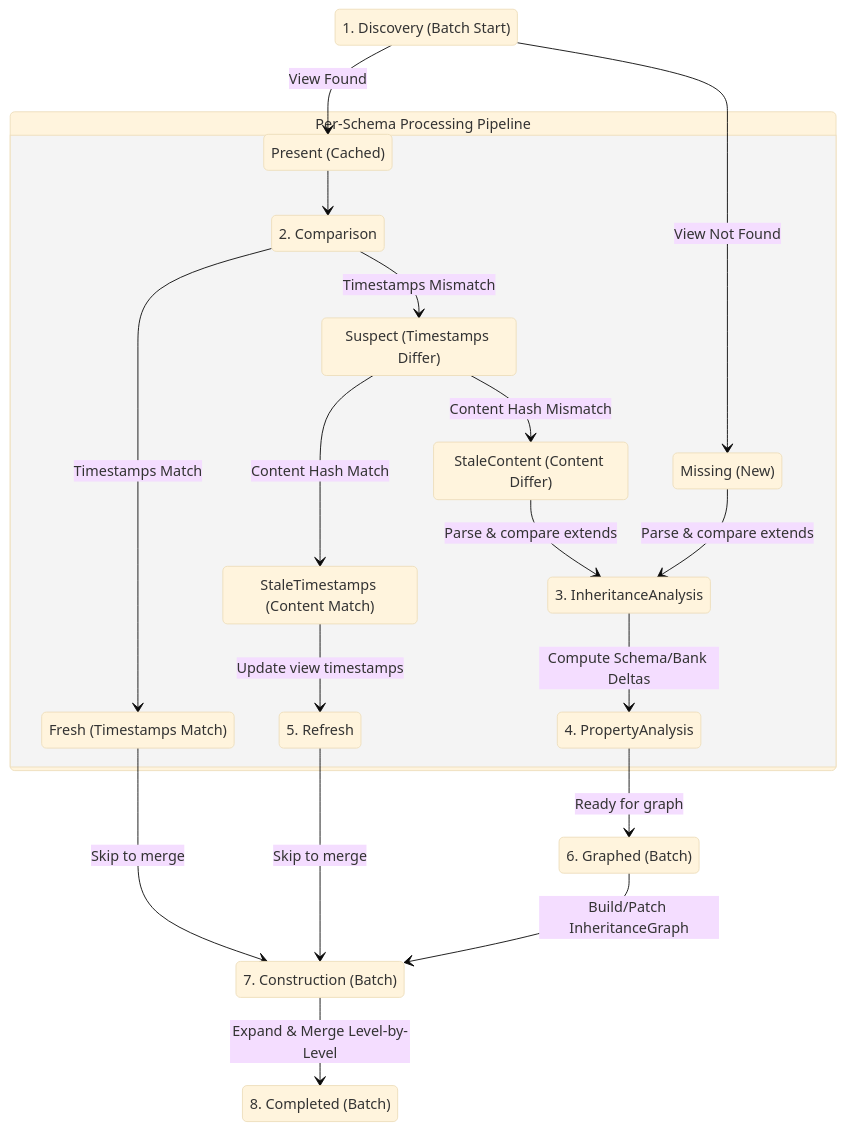
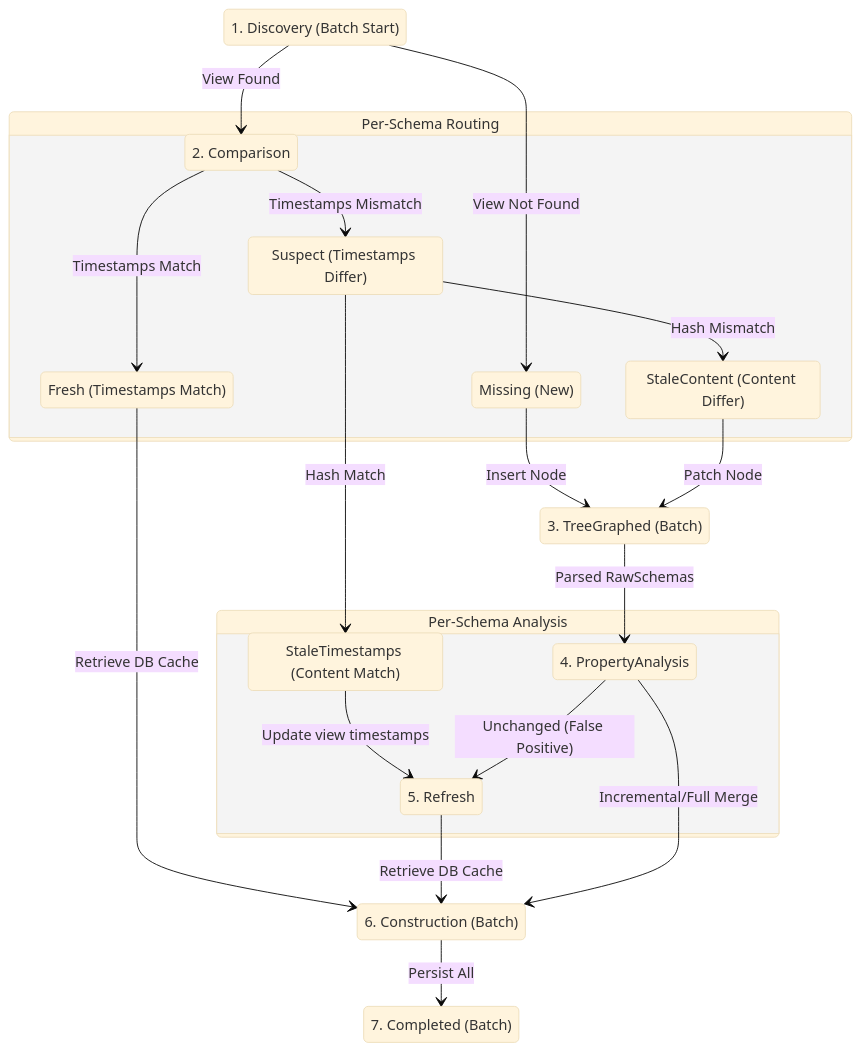
One commit to JackMatanky/lithos changed the diagram in _bmad-output/schema-pipeline-typestate-redesign.md. Above: the diagram before and after it, drawn with Mermaid (base theme). The commit also changed other lines of this file, not shown here.

Commit message:
docs(schema): update definitive schema pipeline typestate redesign

````diff
--- a/_bmad-output/schema-pipeline-typestate-redesign.md
+++ b/_bmad-output/schema-pipeline-typestate-redesign.md
@@ -2011,50 +559,48 @@
 ```mermaid
 stateDiagram-v2
     direction TB
 
-    %% Main Stages
     state "1. Discovery (Batch Start)" as Stage1
 
-    state "Per-Schema Processing Pipeline" as PerSchema {
+    state "Per-Schema Routing" as PerSchema1 {
         state "2. Comparison" as Stage2
-        state "3. InheritanceAnalysis" as Stage3
-        state "4. PropertyAnalysis" as Stage4
-        state "5. Refresh" as Stage5
-
-        %% Internal states
         state "Missing (New)" as Missing
-        state "Present (Cached)" as Present
         state "Fresh (Timestamps Match)" as FreshComp
         state "Suspect (Timestamps Differ)" as Suspect
         state "StaleTimestamps (Content Match)" as StaleTS
         state "StaleContent (Content Differ)" as StaleContent
 
         Stage2 --> FreshComp: Timestamps Match
         Stage2 --> Suspect: Timestamps Mismatch
 
-        Suspect --> StaleTS: Content Hash Match
-        Suspect --> StaleContent: Content Hash Mismatch
+        Suspect --> StaleTS: Hash Match
+        Suspect --> StaleContent: Hash Mismatch
+    }
+
+    state "3. TreeGraphed (Batch)" as Stage3
+
+    state "Per-Schema Analysis" as PerSchema2 {
+        state "4. PropertyAnalysis" as Stage4
+        state "5. Refresh" as Stage5
 
         StaleTS --> Stage5: Update view timestamps
-
-        StaleContent --> Stage3: Parse & compare extends
-        Missing --> Stage3: Parse & compare extends
-
-        Stage3 --> Stage4: Compute Schema/Bank Deltas
+        Stage4 --> Stage5: Unchanged (False Positive)
     }
 
-    state "6. Graphed (Batch)" as Stage6
-    state "7. Construction (Batch)" as Stage7
-    state "8. Completed (Batch)" as Stage8
+    state "6. Construction (Batch)" as Stage6
+    state "7. Completed (Batch)" as Stage7
 
     Stage1 --> Missing: View Not Found
-    Stage1 --> Present: View Found
-    Present --> Stage2
+    Stage1 --> Stage2: View Found
 
-    FreshComp --> Stage7: Skip to merge
-    Stage5 --> Stage7: Skip to merge
-    Stage4 --> Stage6: Ready for graph
+    Missing --> Stage3: Insert Node
+    StaleContent --> Stage3: Patch Node
 
-    Stage6 --> Stage7: Build/Patch InheritanceGraph
-    Stage7 --> Stage8: Expand & Merge Level-by-Level
+    Stage3 --> Stage4: Parsed RawSchemas
+
+    FreshComp --> Stage6: Retrieve DB Cache
+    Stage5 --> Stage6: Retrieve DB Cache
+    Stage4 --> Stage6: Incremental/Full Merge
+
+    Stage6 --> Stage7: Persist All
 ```
````
